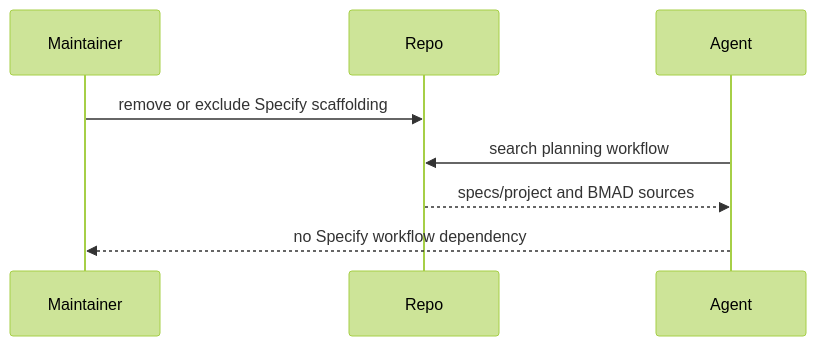
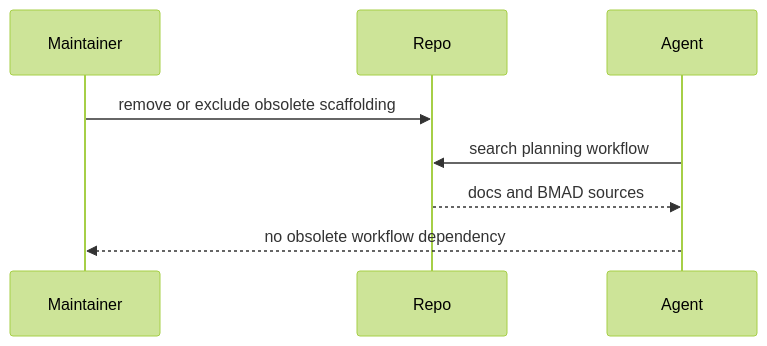
Diagram 18 of 20 in _bmad-output/planning-artifacts/epics.md (maxiim3/nostr-tools-ng-app), drawn with Mermaid (forest theme) before and after one commit. The commit also changed other lines of this file and 85 other files, not shown here.

Commit message:
doc: move project docs out of specs

````diff
--- a/_bmad-output/planning-artifacts/epics.md
+++ b/_bmad-output/planning-artifacts/epics.md
@@ -1148,10 +1103,10 @@
 ```mermaid
 sequenceDiagram
   participant Maintainer
   participant Repo
   participant Agent
-  Maintainer->>Repo: remove or exclude Specify scaffolding
+  Maintainer->>Repo: remove or exclude obsolete scaffolding
   Agent->>Repo: search planning workflow
-  Repo-->>Agent: specs/project and BMAD sources
-  Agent-->>Maintainer: no Specify workflow dependency
+  Repo-->>Agent: docs and BMAD sources
+  Agent-->>Maintainer: no obsolete workflow dependency
 ```
````
